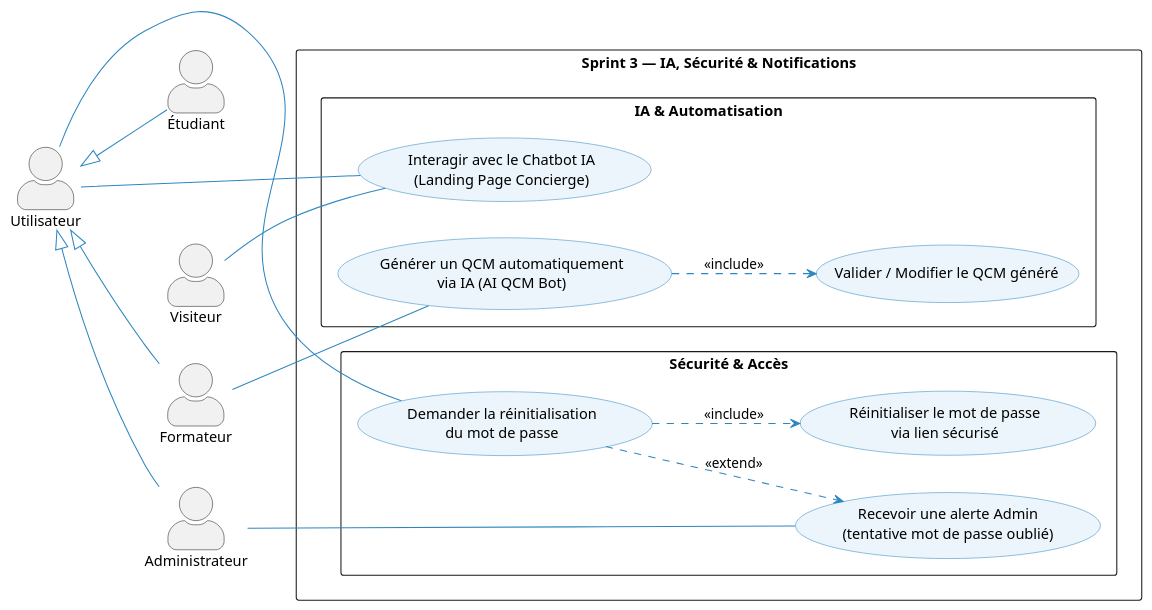
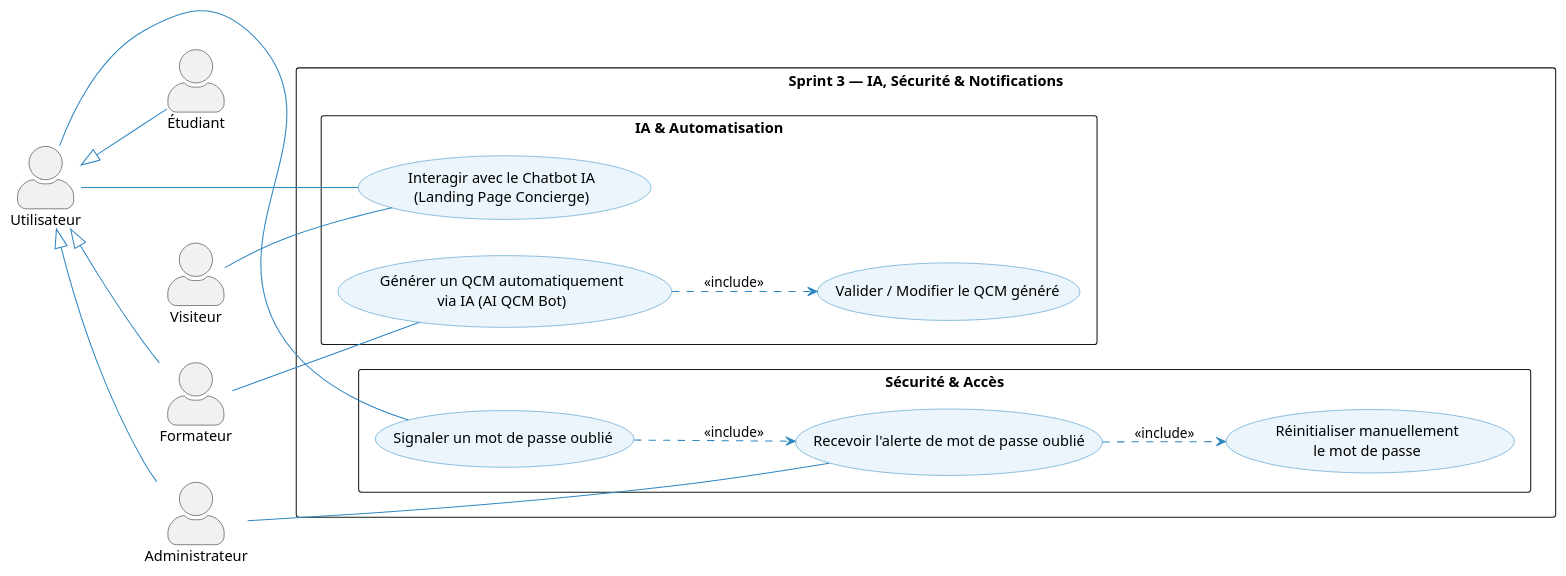
The diagram in Analyse/cas-utilisation/cas-utilisation-sprint-3-ia.puml (BENYEKHLEF-Anouar/SoliQuiz), drawn with PlantUML before and after one commit. The commit also changed 5 other files, not shown here.

```diff
--- a/Analyse/cas-utilisation/cas-utilisation-sprint-3-ia.puml
+++ b/Analyse/cas-utilisation/cas-utilisation-sprint-3-ia.puml
@@ -1,64 +1,64 @@
 @startuml
 skinparam actorStyle awesome
 left to right direction
 skinparam packageStyle rectangle
 skinparam shadowing false
 
 skinparam usecase {
     BackgroundColor #EBF5FB
     BorderColor #2E86C1
     ArrowColor #2E86C1
 }
 
 ' ==============================
 ' ACTORS
 ' ==============================
 actor "Visiteur"       as Visitor
 actor "Utilisateur"    as U
 actor "Étudiant"       as E
 actor "Formateur"      as F
 actor "Administrateur" as A
 
 ' Hierarchy
 U <|-- E
 U <|-- F
 U <|-- A
 
 ' ==============================
 ' SYSTEM
 ' ==============================
 rectangle "Sprint 3 — IA, Sécurité & Notifications" {
 
     package "IA & Automatisation" {
         usecase "Interagir avec le Chatbot IA\n(Landing Page Concierge)" as UC_CHATBOT
         usecase "Générer un QCM automatiquement\nvia IA (AI QCM Bot)" as UC_AI_QCM
         usecase "Valider / Modifier le QCM généré" as UC_AI_REVIEW
     }
 
     package "Sécurité & Accès" {
-        usecase "Demander la réinitialisation\ndu mot de passe" as UC_FORGOT_PW
-        usecase "Recevoir une alerte Admin\n(tentative mot de passe oublié)" as UC_ADMIN_ALERT
-        usecase "Réinitialiser le mot de passe\nvia lien sécurisé" as UC_RESET_PW
+        usecase "Signaler un mot de passe oublié" as UC_FORGOT_PW
+        usecase "Recevoir l'alerte de mot de passe oublié" as UC_ADMIN_ALERT
+        usecase "Réinitialiser manuellement\nle mot de passe" as UC_RESET_PW
     }
 
 }
 
 ' ==============================
 ' ASSOCIATIONS
 ' ==============================
 
 ' Chatbot IA
 Visitor -- UC_CHATBOT
 U       -- UC_CHATBOT
 
 ' AI QCM Generator
 F -- UC_AI_QCM
 UC_AI_QCM ..> UC_AI_REVIEW : <<include>>
 
 ' Mot de passe oublié
 U -- UC_FORGOT_PW
-UC_FORGOT_PW ..> UC_RESET_PW  : <<include>>
-UC_FORGOT_PW ..> UC_ADMIN_ALERT : <<extend>>
+UC_FORGOT_PW ..> UC_ADMIN_ALERT : <<include>>
 A -- UC_ADMIN_ALERT
+UC_ADMIN_ALERT ..> UC_RESET_PW : <<include>>
 
 @enduml
```
